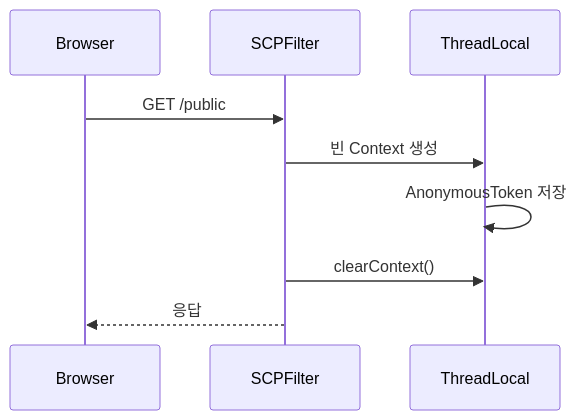
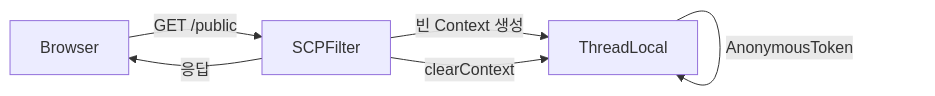
The second of 5 diagrams in _posts/security/2021-05-26-SecurityContextPersistentFilter.md (yjkim2015/yjkim2015.github.io), drawn with Mermaid before and after one commit. The commit also changed other lines of this file and 163 other files, not shown here.

First line of the commit message:
Mermaid 300개 블록 내용 축소: 5노드 5엣지 이하, 의미 있는 약어

````diff
--- a/_posts/security/2021-05-26-SecurityContextPersistentFilter.md
+++ b/_posts/security/2021-05-26-SecurityContextPersistentFilter.md
@@ -36,11 +36,8 @@
 ```mermaid
-sequenceDiagram
-    participant B as Browser
-    participant SCPF as SCPFilter
-    participant TL as ThreadLocal
-    B->>SCPF: GET /public
-    SCPF->>TL: 빈 Context 생성
-    TL->>TL: AnonymousToken 저장
-    SCPF->>TL: clearContext()
-    SCPF-->>B: 응답
+graph LR
+    B["Browser"] -->|GET /public| SCPF["SCPFilter"]
+    SCPF -->|빈 Context 생성| TL["ThreadLocal"]
+    TL -->|AnonymousToken| TL
+    SCPF -->|clearContext| TL
+    SCPF -->|응답| B
 ```
````
